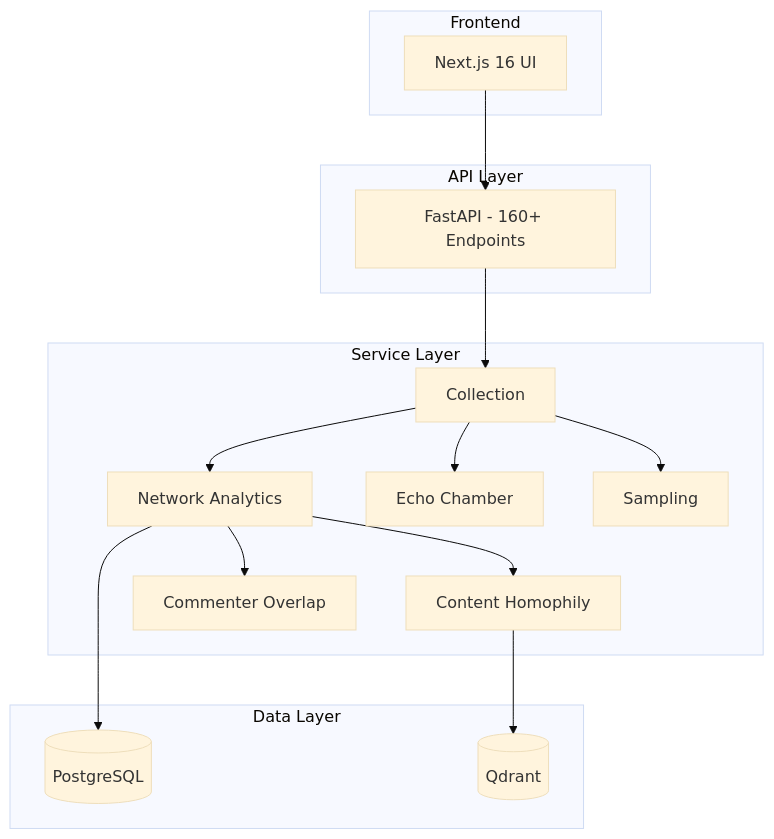
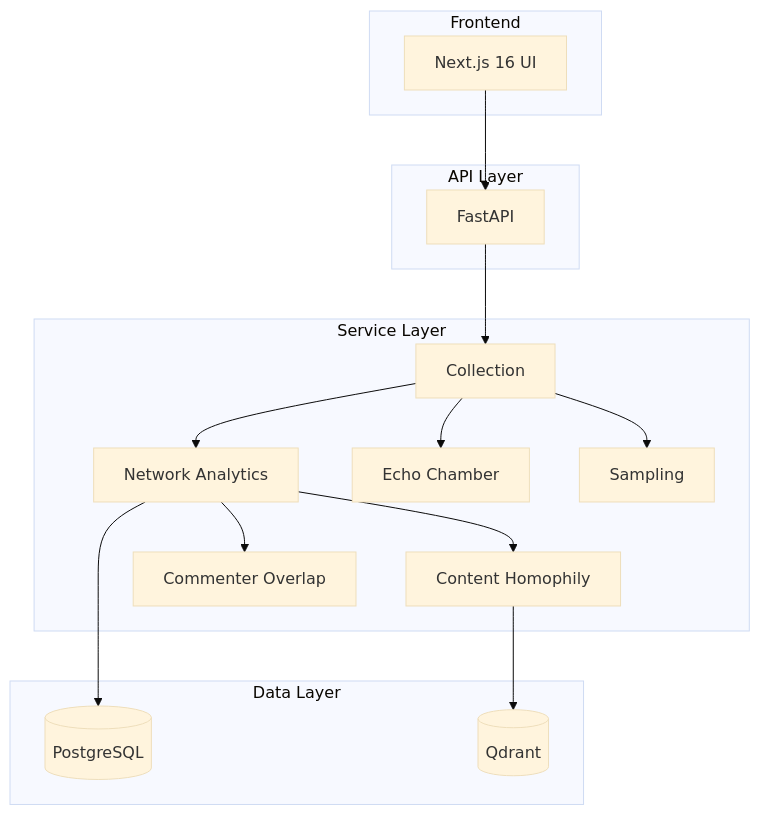
One commit to Ahmed-yasser86/The_CSocial_Science_Lab changed the sixth of 7 diagrams in README.md. Above: the diagram before and after it, drawn with Mermaid (base theme). The commit also changed other lines of this file, not shown here.

First line of the commit message:
fix: simplify Mermaid diagrams for GitHub rendering

````diff
--- a/README.md
+++ b/README.md
@@ -1438,23 +1438,23 @@
 ```mermaid
 graph TB
     subgraph "Frontend"
         UI[Next.js 16 UI]
     end
     subgraph "API Layer"
-        FA[FastAPI - 160+ Endpoints]
+        FA[FastAPI]
     end
     subgraph "Service Layer"
         CS[Collection] --> NS[Network Analytics]
         CS --> ES[Echo Chamber]
         CS --> SS[Sampling]
         NS --> CHS[Content Homophily]
         NS --> COS[Commenter Overlap]
     end
     subgraph "Data Layer"
         PG[(PostgreSQL)]
         QD[(Qdrant)]
     end
     UI --> FA --> CS
     NS --> PG
     CHS --> QD
 ```
````
